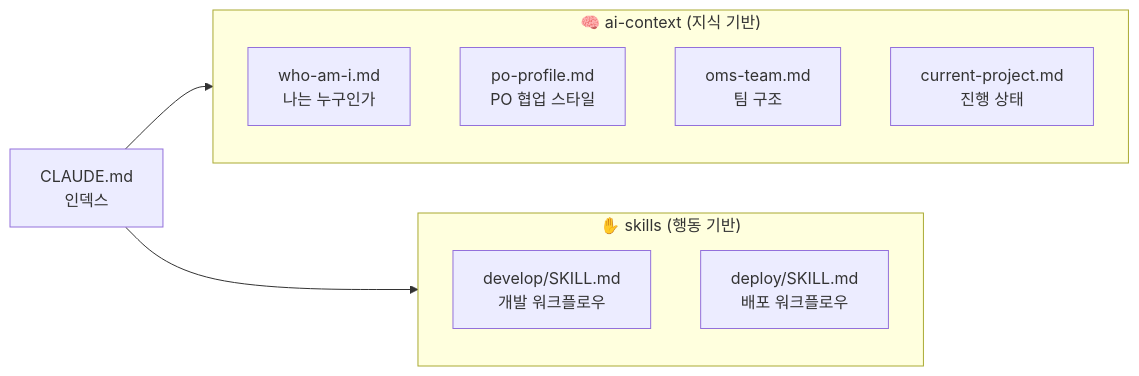
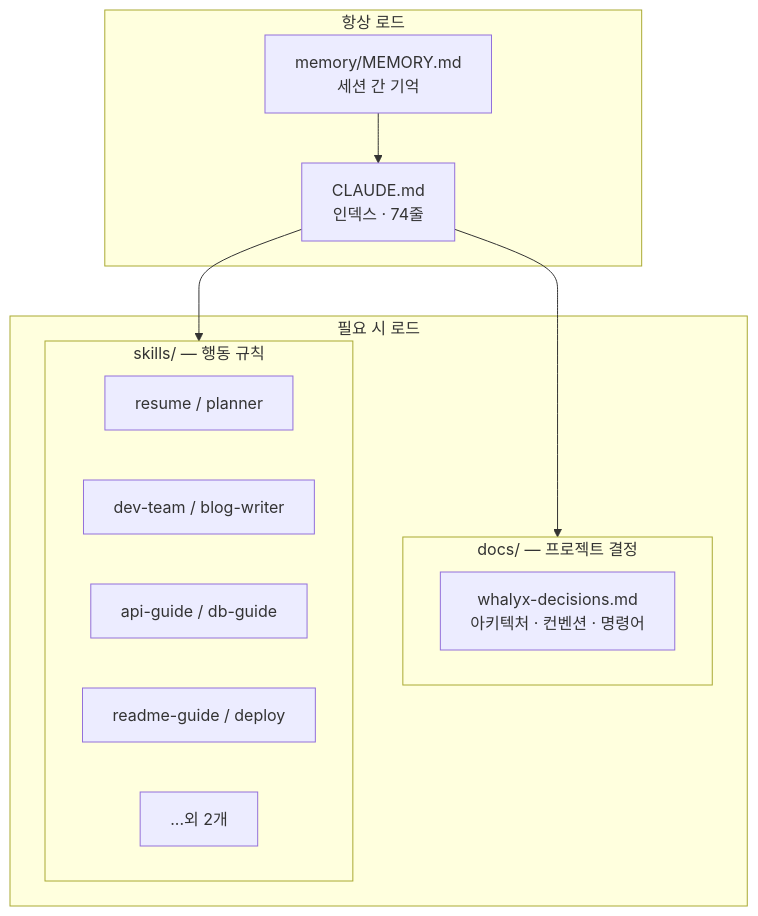
The second of 3 diagrams in README.md (forexms78/claude-agent-orchestration), drawn with Mermaid before and after one commit. The commit also changed other lines of this file, not shown here.

First line of the commit message:
docs: 분산 메모리 구조 및 Skills 시스템 반영 (v1.4)

````diff
--- a/README.md
+++ b/README.md
@@ -33,17 +45,25 @@
 ```mermaid
-flowchart LR
-    subgraph Knowledge["🧠 ai-context (지식 기반)"]
-        WI["who-am-i.md\n나는 누구인가"]
-        PO["po-profile.md\nPO 협업 스타일"]
-        OMS["oms-team.md\n팀 구조"]
-        CP["current-project.md\n진행 상태"]
+flowchart TD
+    subgraph Always["항상 로드"]
+        CM["CLAUDE.md\n인덱스 · 74줄"]
+        MM["memory/MEMORY.md\n세션 간 기억"]
     end
 
-    subgraph Action["✋ skills (행동 기반)"]
-        DEV["develop/SKILL.md\n개발 워크플로우"]
-        DEPLOY["deploy/SKILL.md\n배포 워크플로우"]
+    subgraph OnDemand["필요 시 로드"]
+        subgraph Docs["docs/ — 프로젝트 결정"]
+            WD["whalyx-decisions.md\n아키텍처 · 컨벤션 · 명령어"]
+        end
+
+        subgraph Skills["skills/ — 행동 규칙"]
+            S1["resume / planner"]
+            S2["dev-team / blog-writer"]
+            S3["api-guide / db-guide"]
+            S4["readme-guide / deploy"]
+            Sx["...외 2개"]
+        end
     end
 
-    CLAUDE["CLAUDE.md\n인덱스"] --> Knowledge
-    CLAUDE --> Action
+    CM --> Docs
+    CM --> Skills
+    MM --> CM
 ```
````
